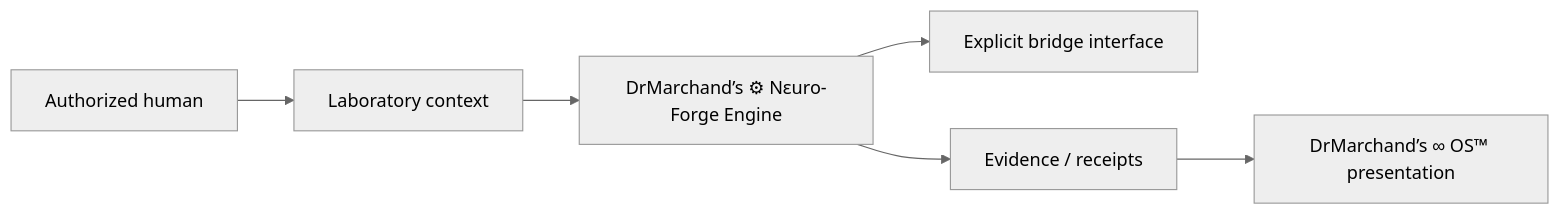
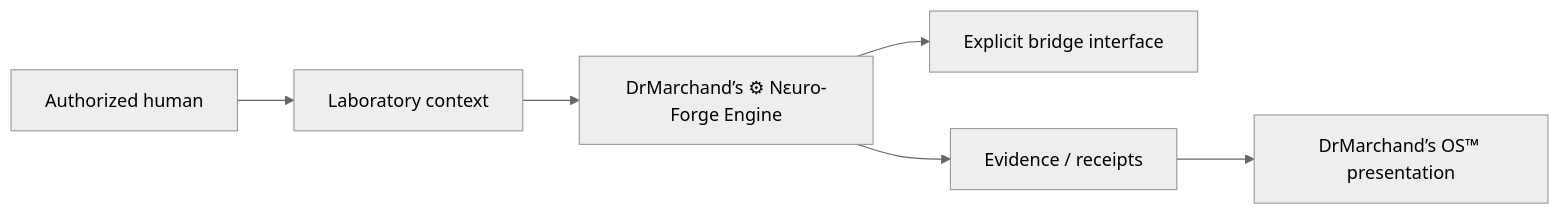
One commit to DrMarchand/NFE changed the diagram in README.md. Above: the diagram before and after it, drawn with Mermaid (neutral theme). The commit also changed other lines of this file and 3 other files, not shown here.

````diff
--- a/README.md
+++ b/README.md
@@ -22,8 +22,8 @@
 ```mermaid
 flowchart LR
     H[Authorized human] --> LAB[Laboratory context]
     LAB --> ENG[DrMarchand’s ⚙︎ Nɛuro-Forge Engine]
     ENG --> BRIDGE[Explicit bridge interface]
     ENG --> RECEIPT[Evidence / receipts]
-    RECEIPT --> OS[DrMarchand’s ∞ OS™ presentation]
+    RECEIPT --> OS[DrMarchand’s OS™ presentation]
 ```
````
